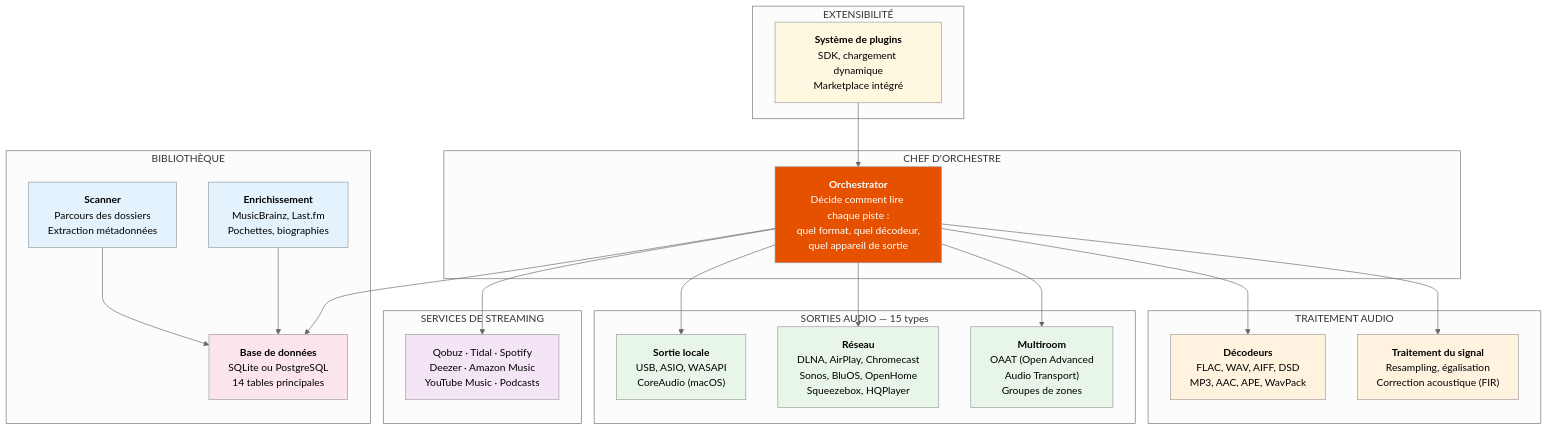
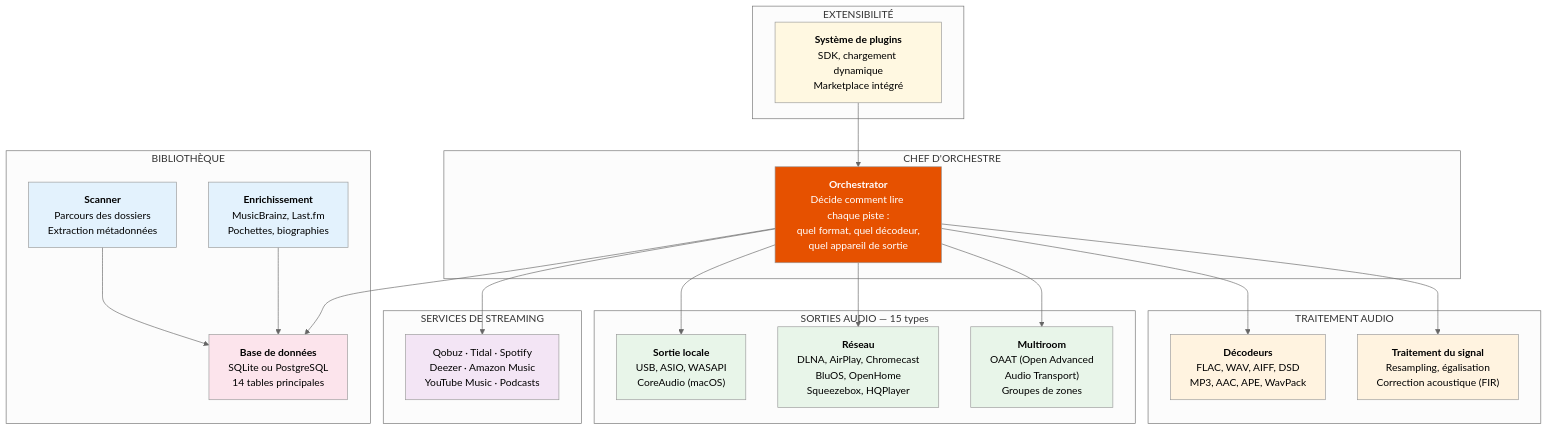
One commit to renesenses/tune-server-rust changed the third of 6 diagrams in docs/architecture-tune-server-rust.md. Above: the diagram before and after it, drawn with Mermaid (neutral theme). The commit also changed other lines of this file, not shown here.

````diff
--- a/docs/architecture-tune-server-rust.md
+++ b/docs/architecture-tune-server-rust.md
@@ -112,54 +112,54 @@
 ```mermaid
 graph TB
     subgraph "CHEF D'ORCHESTRE"
         ORCH["<b>Orchestrator</b><br/>Décide comment lire chaque piste :<br/>quel format, quel décodeur,<br/>quel appareil de sortie"]
     end
 
     subgraph "TRAITEMENT AUDIO"
         DEC["<b>Décodeurs</b><br/>FLAC, WAV, AIFF, DSD<br/>MP3, AAC, APE, WavPack"]
         DSP["<b>Traitement du signal</b><br/>Resampling, égalisation<br/>Correction acoustique (FIR)"]
     end
 
     subgraph "SORTIES AUDIO — 15 types"
         LOCAL["<b>Sortie locale</b><br/>USB, ASIO, WASAPI<br/>CoreAudio (macOS)"]
-        RESEAU["<b>Réseau</b><br/>DLNA, AirPlay, Chromecast<br/>Sonos, BluOS, OpenHome<br/>Squeezebox, HQPlayer"]
+        RESEAU["<b>Réseau</b><br/>DLNA, AirPlay, Chromecast<br/>BluOS, OpenHome<br/>Squeezebox, HQPlayer"]
         MULTI["<b>Multiroom</b><br/>OAAT (Open Advanced<br/>Audio Transport)<br/>Groupes de zones"]
     end
 
     subgraph "SERVICES DE STREAMING"
         STR["Qobuz · Tidal · Spotify<br/>Deezer · Amazon Music<br/>YouTube Music · Podcasts"]
     end
 
     subgraph "BIBLIOTHÈQUE"
         LIB["<b>Scanner</b><br/>Parcours des dossiers<br/>Extraction métadonnées"]
         META["<b>Enrichissement</b><br/>MusicBrainz, Last.fm<br/>Pochettes, biographies"]
         DB["<b>Base de données</b><br/>SQLite ou PostgreSQL<br/>14 tables principales"]
     end
 
     subgraph "EXTENSIBILITÉ"
         PLG["<b>Système de plugins</b><br/>SDK, chargement dynamique<br/>Marketplace intégré"]
     end
 
     ORCH --> DEC
     ORCH --> DSP
     ORCH --> LOCAL
     ORCH --> RESEAU
     ORCH --> MULTI
     ORCH --> STR
     LIB --> DB
     META --> DB
     ORCH --> DB
     PLG --> ORCH
 
     style ORCH fill:#e65100,color:#fff
     style DEC fill:#fff3e0
     style DSP fill:#fff3e0
     style LOCAL fill:#e8f5e9
     style RESEAU fill:#e8f5e9
     style MULTI fill:#e8f5e9
     style STR fill:#f3e5f5
     style LIB fill:#e3f2fd
     style META fill:#e3f2fd
     style DB fill:#fce4ec
     style PLG fill:#fff8e1
 ```
````
